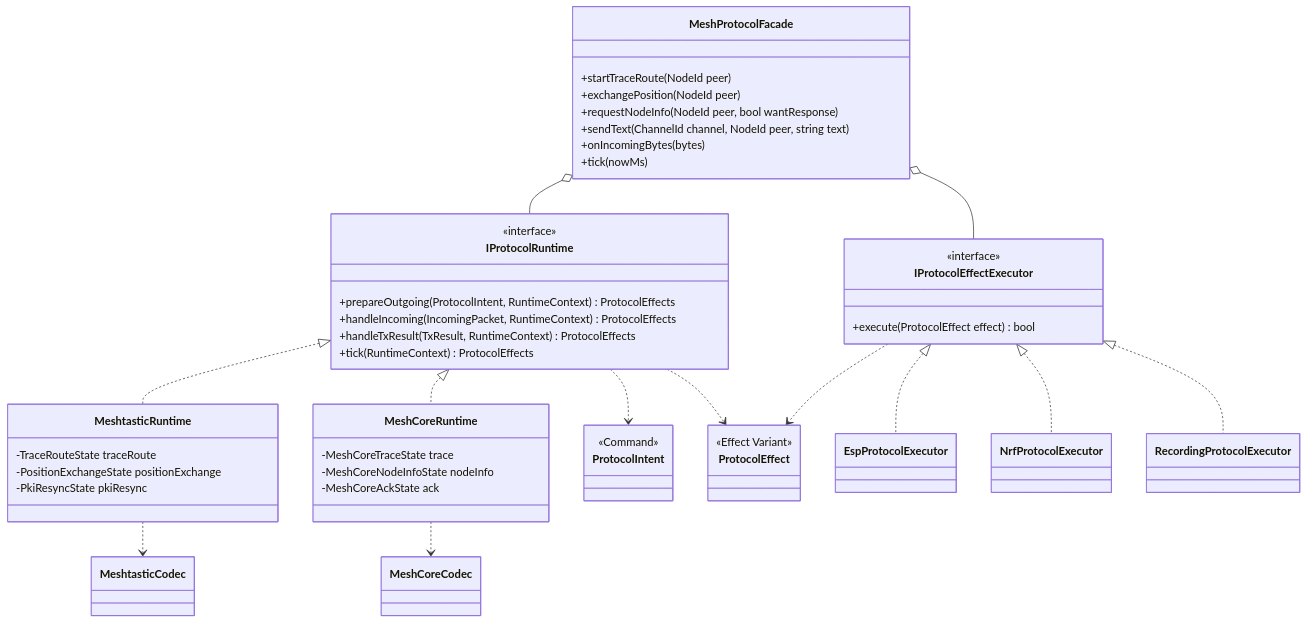
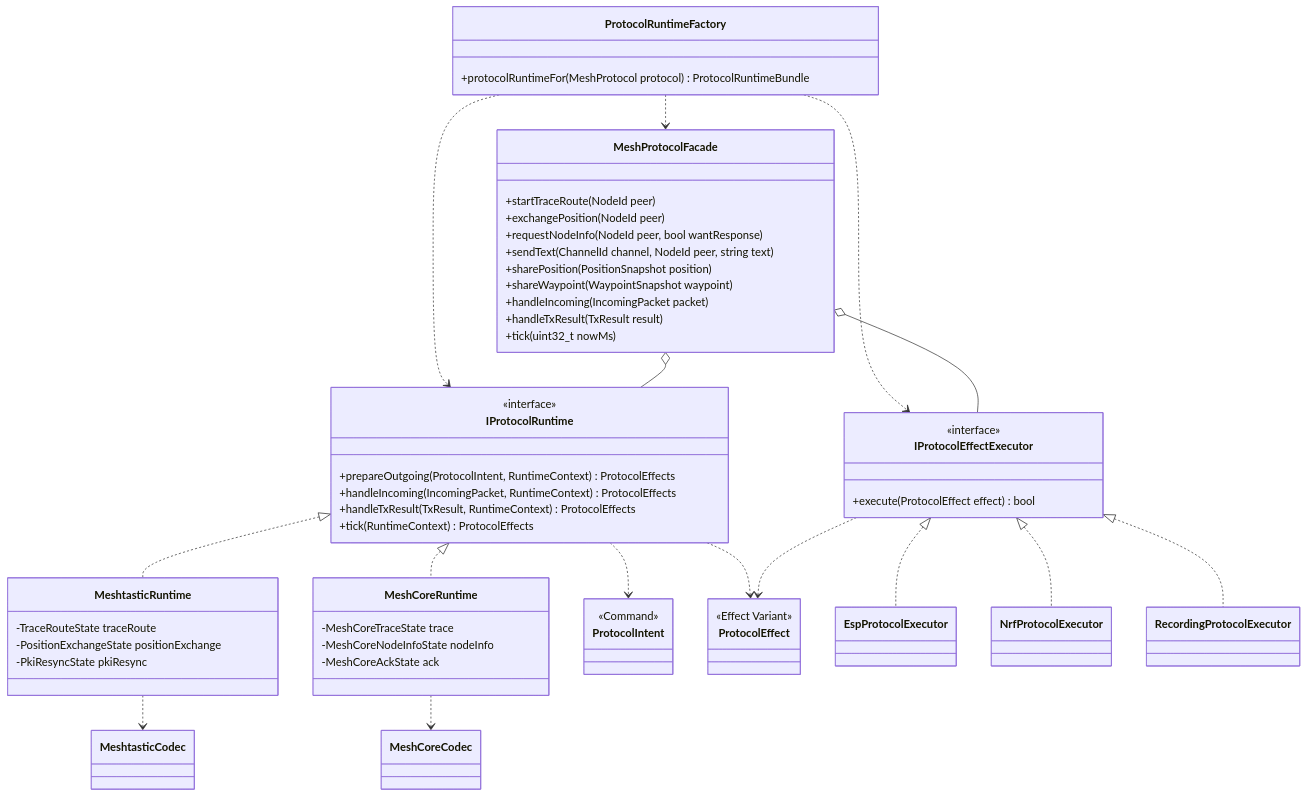
Before and after one commit to DinaTzi/trail-mate: the first of 6 diagrams in docs/specification/PROTOCOL_RUNTIME_DESIGN_SPEC.md, drawn with Mermaid. The commit also changed other lines of this file, not shown here.

Commit message:
docs(protocol): require facade boundary in runtime spec

````diff
--- a/docs/specification/PROTOCOL_RUNTIME_DESIGN_SPEC.md
+++ b/docs/specification/PROTOCOL_RUNTIME_DESIGN_SPEC.md
@@ -159,64 +279,74 @@
 ```mermaid
 classDiagram
     class MeshProtocolFacade {
         +startTraceRoute(NodeId peer)
         +exchangePosition(NodeId peer)
         +requestNodeInfo(NodeId peer, bool wantResponse)
         +sendText(ChannelId channel, NodeId peer, string text)
-        +onIncomingBytes(bytes)
-        +tick(nowMs)
+        +sharePosition(PositionSnapshot position)
+        +shareWaypoint(WaypointSnapshot waypoint)
+        +handleIncoming(IncomingPacket packet)
+        +handleTxResult(TxResult result)
+        +tick(uint32_t nowMs)
     }
 
     class IProtocolRuntime {
         <<interface>>
         +prepareOutgoing(ProtocolIntent, RuntimeContext) ProtocolEffects
         +handleIncoming(IncomingPacket, RuntimeContext) ProtocolEffects
         +handleTxResult(TxResult, RuntimeContext) ProtocolEffects
         +tick(RuntimeContext) ProtocolEffects
     }
 
     class MeshtasticRuntime {
         -TraceRouteState traceRoute
         -PositionExchangeState positionExchange
         -PkiResyncState pkiResync
     }
 
     class MeshCoreRuntime {
         -MeshCoreTraceState trace
         -MeshCoreNodeInfoState nodeInfo
         -MeshCoreAckState ack
     }
 
     class ProtocolIntent {
         <<Command>>
     }
 
     class ProtocolEffect {
         <<Effect Variant>>
     }
 
     class IProtocolEffectExecutor {
         <<interface>>
         +execute(ProtocolEffect effect) bool
     }
 
     class EspProtocolExecutor
     class NrfProtocolExecutor
     class RecordingProtocolExecutor
 
+    class ProtocolRuntimeFactory {
+        +protocolRuntimeFor(MeshProtocol protocol) ProtocolRuntimeBundle
+    }
+
     class MeshtasticCodec
     class MeshCoreCodec
 
+    ProtocolRuntimeFactory ..> MeshProtocolFacade
+    ProtocolRuntimeFactory ..> IProtocolRuntime
+    ProtocolRuntimeFactory ..> IProtocolEffectExecutor
     MeshProtocolFacade o-- IProtocolRuntime
     MeshProtocolFacade o-- IProtocolEffectExecutor
     IProtocolRuntime <|.. MeshtasticRuntime
     IProtocolRuntime <|.. MeshCoreRuntime
     IProtocolEffectExecutor <|.. EspProtocolExecutor
     IProtocolEffectExecutor <|.. NrfProtocolExecutor
     IProtocolEffectExecutor <|.. RecordingProtocolExecutor
     MeshtasticRuntime ..> MeshtasticCodec
     MeshCoreRuntime ..> MeshCoreCodec
     IProtocolRuntime ..> ProtocolIntent
     IProtocolRuntime ..> ProtocolEffect
     IProtocolEffectExecutor ..> ProtocolEffect
 ```
````
